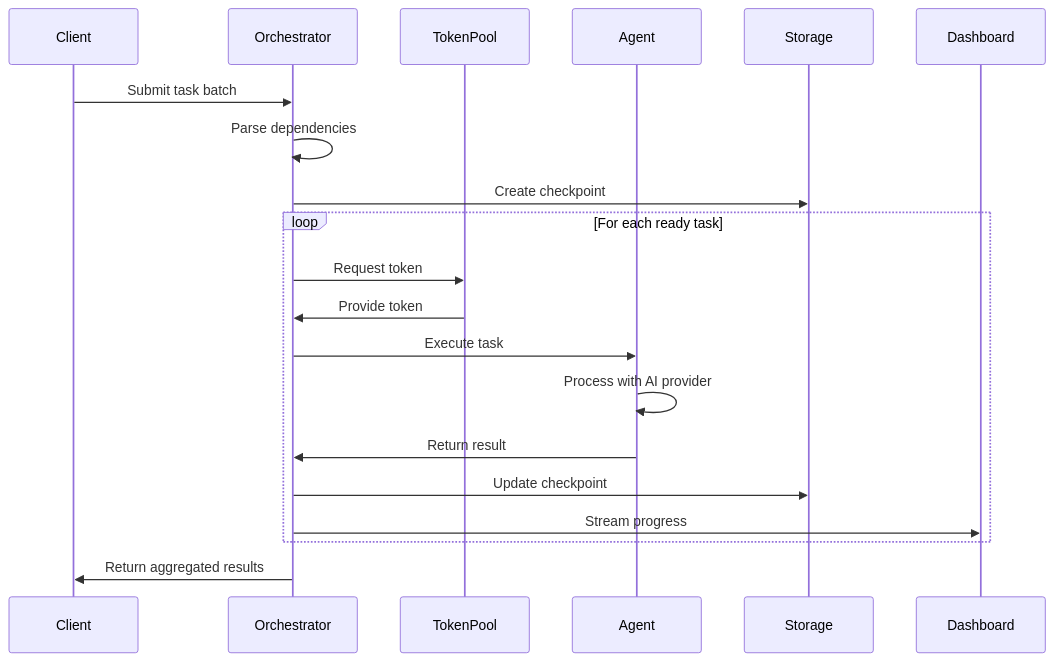
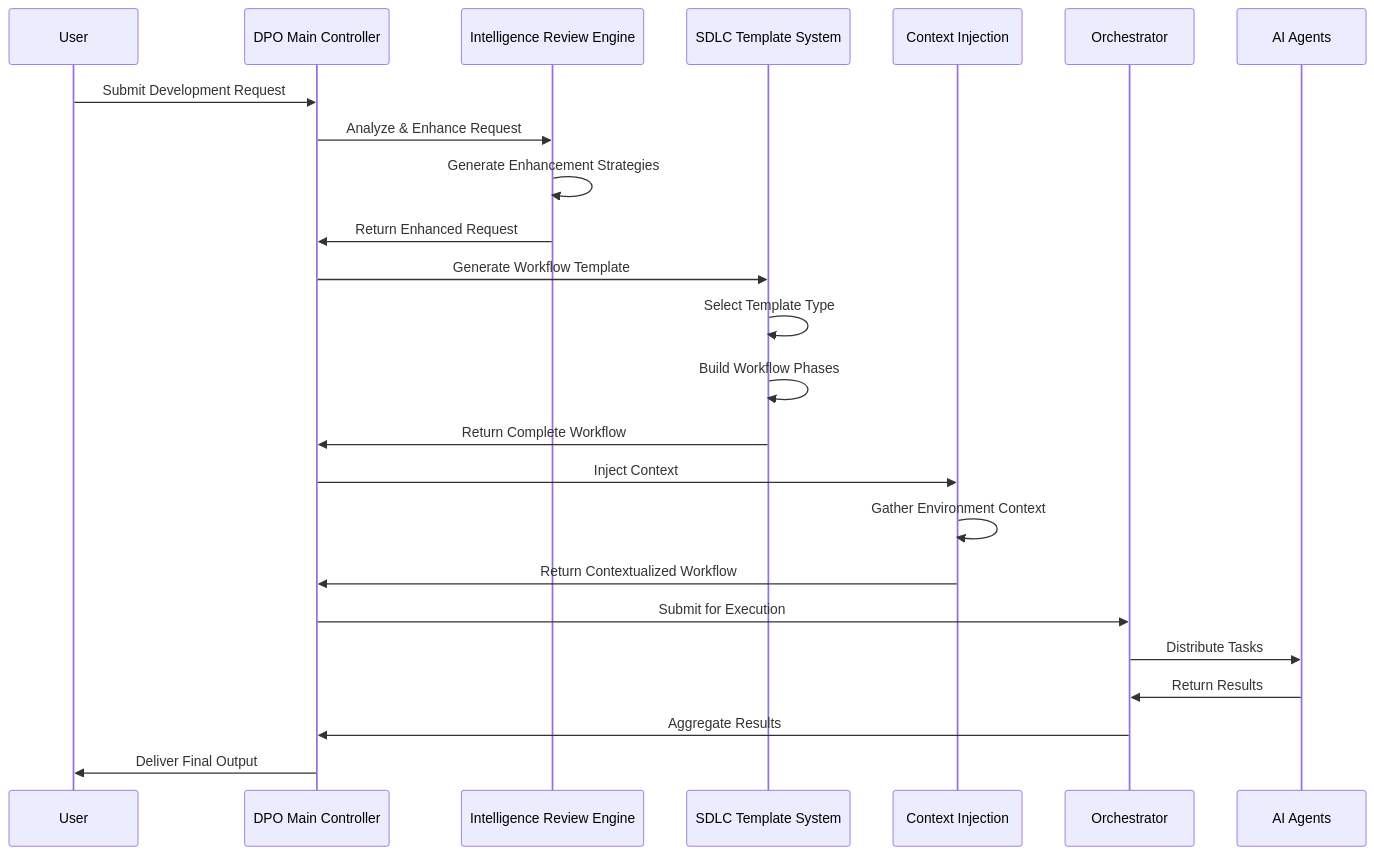
One commit to krizzo101/master_root changed the second of 4 diagrams in apps/agent-orchestrator/docs/ARCHITECTURE.md. Above: the diagram before and after it, drawn with Mermaid. The commit also changed other lines of this file and 183 other files, not shown here.

First line of the commit message:
feat: comprehensive hooks system for agent behavior optimization

````diff
--- a/apps/agent-orchestrator/docs/ARCHITECTURE.md
+++ b/apps/agent-orchestrator/docs/ARCHITECTURE.md
@@ -167,25 +229,30 @@
 ```mermaid
 sequenceDiagram
-    participant Client
-    participant Orchestrator
-    participant TokenPool
-    participant Agent
-    participant Storage
-    participant Dashboard
+    participant User
+    participant DPO as DPO Main Controller
+    participant IRE as Intelligence Review Engine
+    participant SDLC as SDLC Template System
+    participant CI as Context Injection
+    participant Orch as Orchestrator
+    participant Agents as AI Agents
 
-    Client->>Orchestrator: Submit task batch
-    Orchestrator->>Orchestrator: Parse dependencies
-    Orchestrator->>Storage: Create checkpoint
+    User->>DPO: Submit Development Request
+    DPO->>IRE: Analyze & Enhance Request
+    IRE->>IRE: Generate Enhancement Strategies
+    IRE->>DPO: Return Enhanced Request
 
-    loop For each ready task
-        Orchestrator->>TokenPool: Request token
-        TokenPool->>Orchestrator: Provide token
-        Orchestrator->>Agent: Execute task
-        Agent->>Agent: Process with AI provider
-        Agent->>Orchestrator: Return result
-        Orchestrator->>Storage: Update checkpoint
-        Orchestrator->>Dashboard: Stream progress
-    end
+    DPO->>SDLC: Generate Workflow Template
+    SDLC->>SDLC: Select Template Type
+    SDLC->>SDLC: Build Workflow Phases
+    SDLC->>DPO: Return Complete Workflow
 
-    Orchestrator->>Client: Return aggregated results
+    DPO->>CI: Inject Context
+    CI->>CI: Gather Environment Context
+    CI->>DPO: Return Contextualized Workflow
+
+    DPO->>Orch: Submit for Execution
+    Orch->>Agents: Distribute Tasks
+    Agents->>Orch: Return Results
+    Orch->>DPO: Aggregate Results
+    DPO->>User: Deliver Final Output
 ```
````
